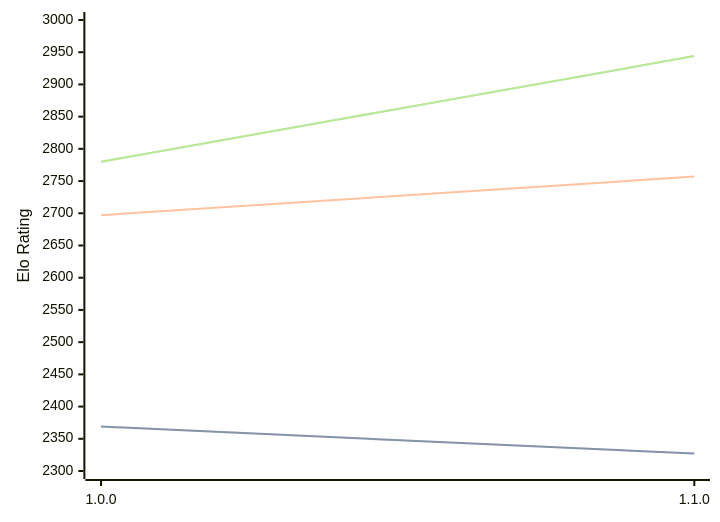
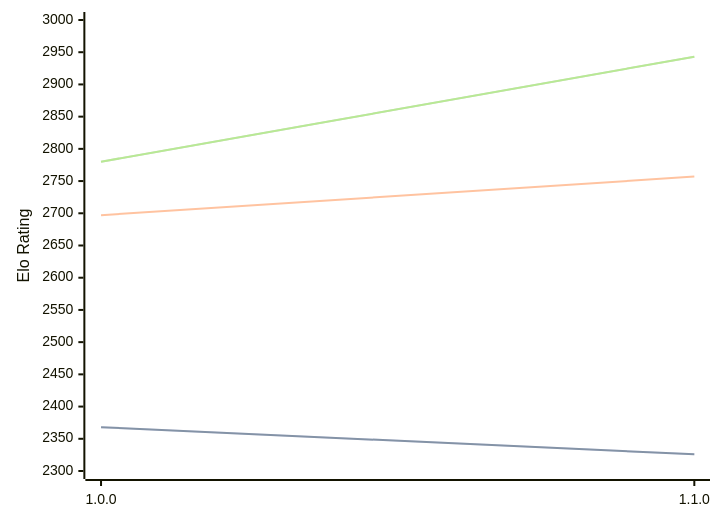
The diagram in engines/ShallowGuess.md (computer-chess-index/cci), drawn with Mermaid before and after one commit. The commit also changed other lines of this file, not shown here.

Commit message:
Update CCI Ratings (ELO VLTC) - 2026-04-16

````diff
--- a/engines/ShallowGuess.md
+++ b/engines/ShallowGuess.md
@@ -36,11 +36,11 @@
 ```mermaid
 %%{init: {"theme":"base","themeVariables":{"seriesColors:['#a3a3a3','#222221','#faa371']}}}%%
 xychart-beta
   x-axis ["1.0.0", "1.1.0"]
   y-axis "Elo Rating" 2300 --> 3000
-  line "STC (8.0+0.08s)" [2369, 2327]
-  line "STC (8.0+0.08s)" [2369, 2327]
+  line "STC (8.0+0.08s)" [2368, 2326]
+  line "STC (8.0+0.08s)" [2368, 2326]
   line "LTC (60.0+0.60s)" [2697, 2757]
-  line "VLTC (2m24s+1.12s)" [2780, 2944]
-  line "VLTC (2m24s+1.12s)" [2780, 2944]
+  line "VLTC (2m24s+1.12s)" [2780, 2943]
+  line "VLTC (2m24s+1.12s)" [2780, 2943]
 ```
````
